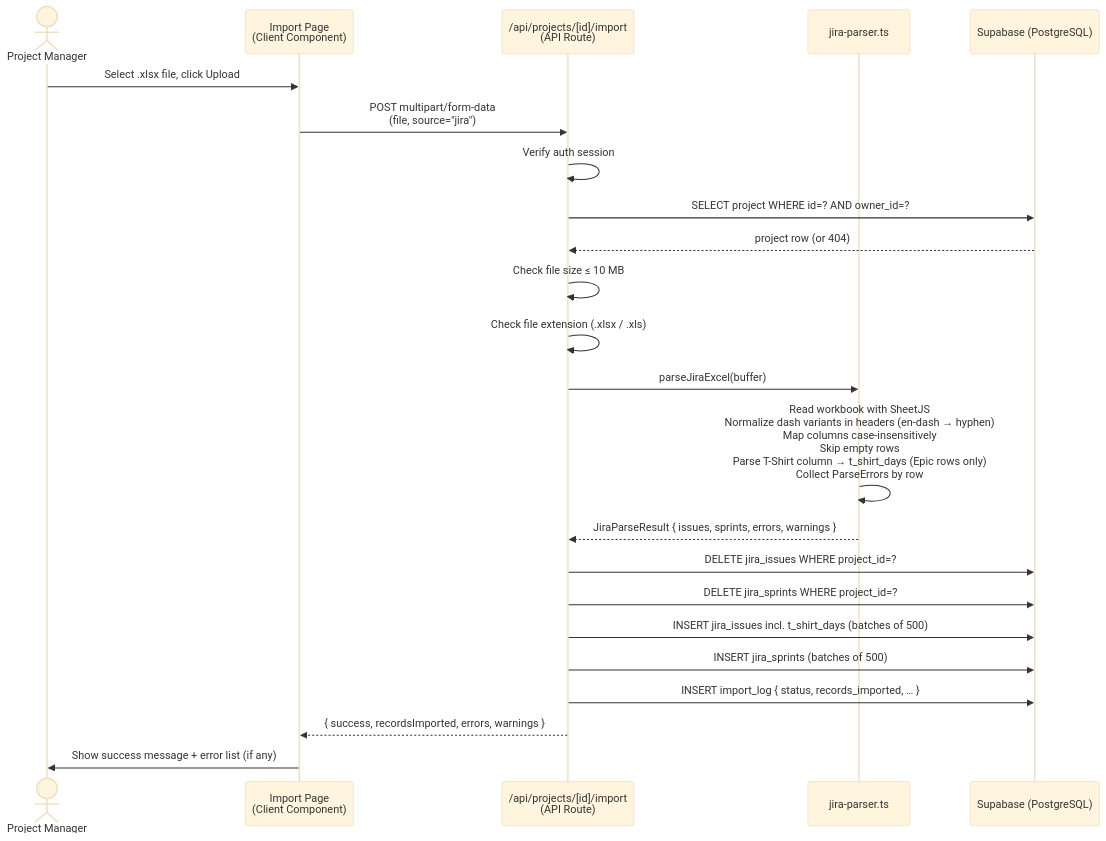
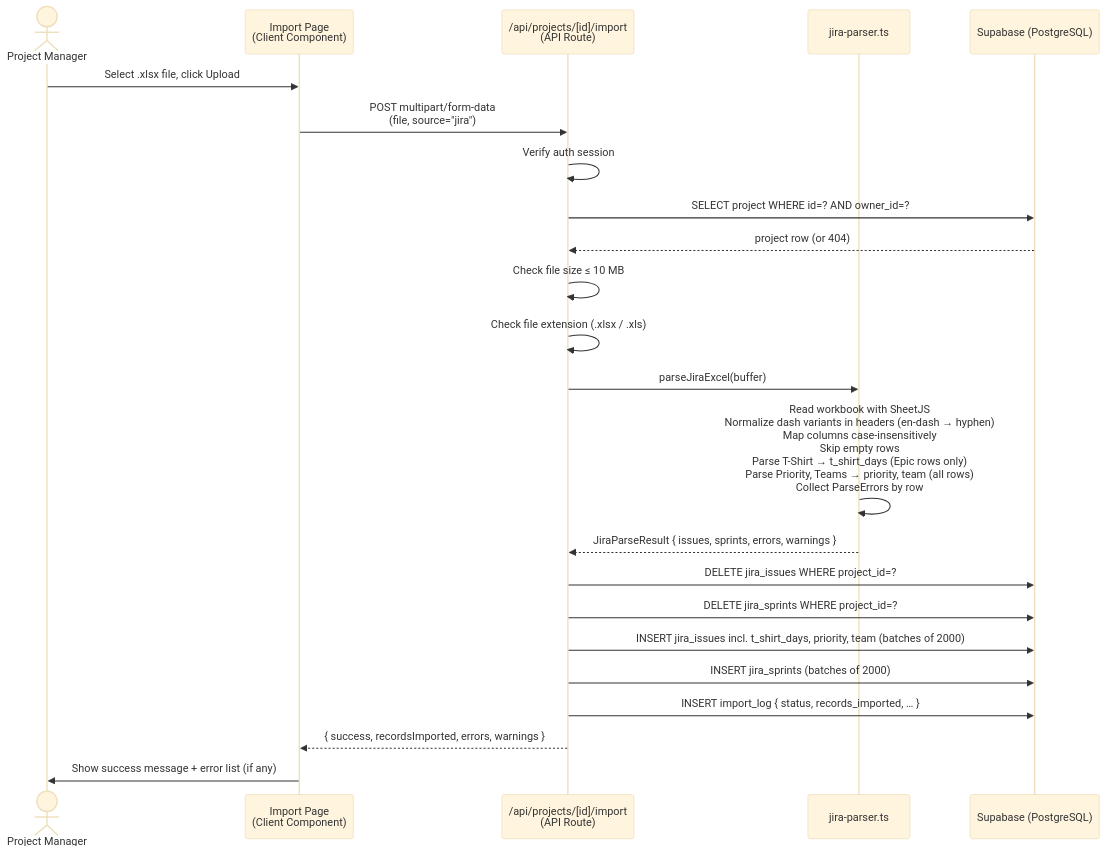
One commit to matthias1309/project_buddy changed the first of 6 diagrams in docs/arc42/06_runtime.md. Above: the diagram before and after it, drawn with Mermaid (base theme). The commit also changed other lines of this file and 3 other files, not shown here.

````diff
--- a/docs/arc42/06_runtime.md
+++ b/docs/arc42/06_runtime.md
@@ -7,26 +7,26 @@
 ```mermaid
 sequenceDiagram
     actor PM as Project Manager
     participant UI as Import Page<br/>(Client Component)
     participant API as /api/projects/[id]/import<br/>(API Route)
     participant Parser as jira-parser.ts
     participant DB as Supabase (PostgreSQL)
 
     PM->>UI: Select .xlsx file, click Upload
     UI->>API: POST multipart/form-data<br/>(file, source="jira")
     API->>API: Verify auth session
     API->>DB: SELECT project WHERE id=? AND owner_id=?
     DB-->>API: project row (or 404)
     API->>API: Check file size ≤ 10 MB
     API->>API: Check file extension (.xlsx / .xls)
     API->>Parser: parseJiraExcel(buffer)
-    Parser->>Parser: Read workbook with SheetJS<br/>Normalize dash variants in headers (en-dash → hyphen)<br/>Map columns case-insensitively<br/>Skip empty rows<br/>Parse T-Shirt column → t_shirt_days (Epic rows only)<br/>Collect ParseErrors by row
+    Parser->>Parser: Read workbook with SheetJS<br/>Normalize dash variants in headers (en-dash → hyphen)<br/>Map columns case-insensitively<br/>Skip empty rows<br/>Parse T-Shirt → t_shirt_days (Epic rows only)<br/>Parse Priority, Teams → priority, team (all rows)<br/>Collect ParseErrors by row
     Parser-->>API: JiraParseResult { issues, sprints, errors, warnings }
     API->>DB: DELETE jira_issues WHERE project_id=?
     API->>DB: DELETE jira_sprints WHERE project_id=?
-    API->>DB: INSERT jira_issues incl. t_shirt_days (batches of 500)
-    API->>DB: INSERT jira_sprints (batches of 500)
+    API->>DB: INSERT jira_issues incl. t_shirt_days, priority, team (batches of 2000)
+    API->>DB: INSERT jira_sprints (batches of 2000)
     API->>DB: INSERT import_log { status, records_imported, … }
     API-->>UI: { success, recordsImported, errors, warnings }
     UI->>PM: Show success message + error list (if any)
 ```
````
